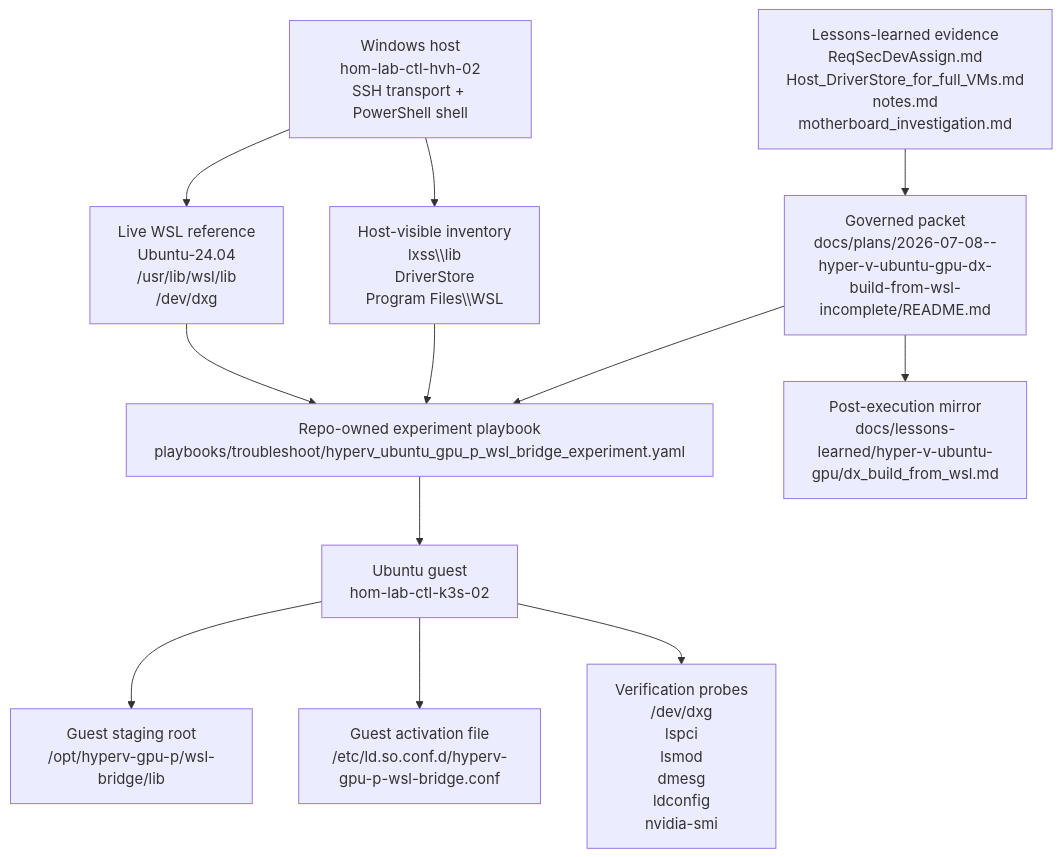
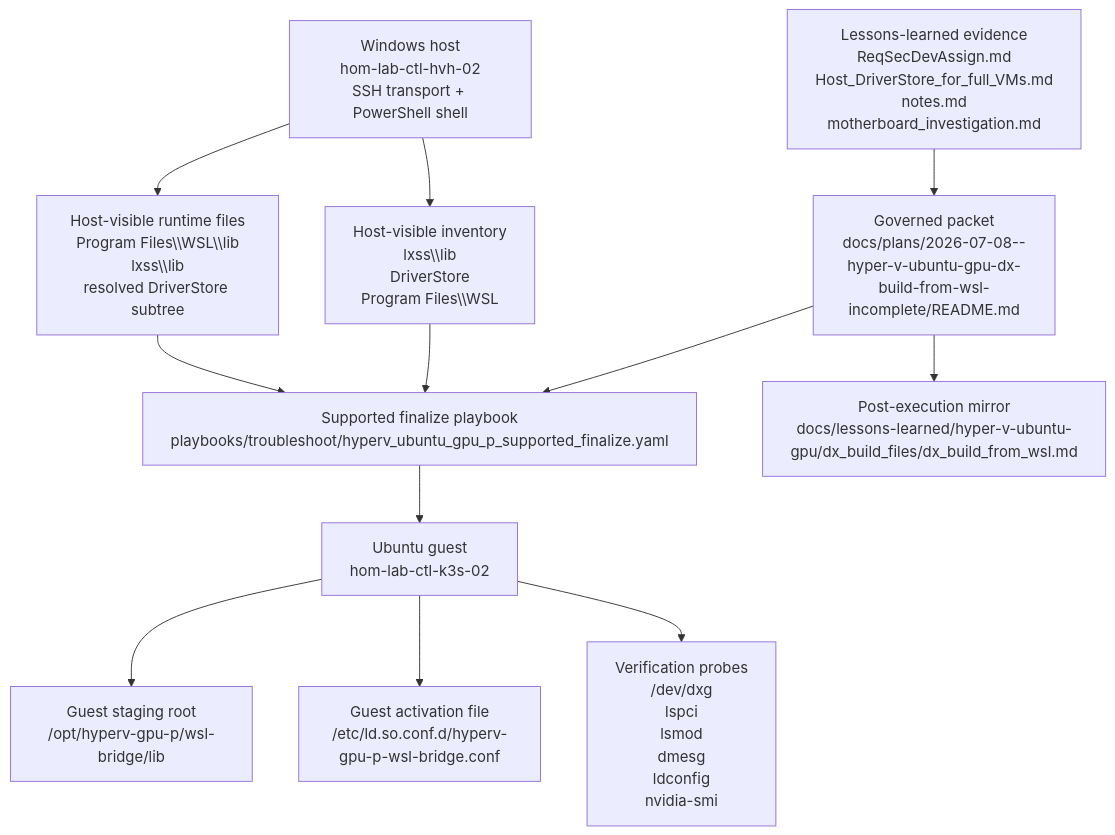
Before and after one commit to doesitscript/dotfile-vnext: the first of 3 diagrams in docs/plans/2026-07-08--hyper-v-ubuntu-gpu-dx-build-from-wsl-incomplete/README.md, drawn with Mermaid. The commit also changed other lines of this file and 98 other files, not shown here.

````diff
--- a/docs/plans/2026-07-08--hyper-v-ubuntu-gpu-dx-build-from-wsl-incomplete/README.md
+++ b/docs/plans/2026-07-08--hyper-v-ubuntu-gpu-dx-build-from-wsl-incomplete/README.md
@@ -99,14 +118,14 @@
 ```mermaid
 flowchart TD
-    A["Governed packet<br/>docs/plans/2026-07-08--hyper-v-ubuntu-gpu-dx-build-from-wsl-incomplete/README.md"] --> B["Repo-owned experiment playbook<br/>playbooks/troubleshoot/hyperv_ubuntu_gpu_p_wsl_bridge_experiment.yaml"]
+    A["Governed packet<br/>docs/plans/2026-07-08--hyper-v-ubuntu-gpu-dx-build-from-wsl-incomplete/README.md"] --> B["Supported finalize playbook<br/>playbooks/troubleshoot/hyperv_ubuntu_gpu_p_supported_finalize.yaml"]
     C["Lessons-learned evidence<br/>ReqSecDevAssign.md<br/>Host_DriverStore_for_full_VMs.md<br/>notes.md<br/>motherboard_investigation.md"] --> A
     D["Windows host<br/>hom-lab-ctl-hvh-02<br/>SSH transport + PowerShell shell"] --> E["Host-visible inventory<br/>lxss\\lib<br/>DriverStore<br/>Program Files\\WSL"]
-    D --> F["Live WSL reference<br/>Ubuntu-24.04<br/>/usr/lib/wsl/lib<br/>/dev/dxg"]
+    D --> F["Host-visible runtime files<br/>Program Files\\WSL\\lib<br/>lxss\\lib<br/>resolved DriverStore subtree"]
     E --> B
     F --> B
     B --> G["Ubuntu guest<br/>hom-lab-ctl-k3s-02"]
     G --> H["Guest staging root<br/>/opt/hyperv-gpu-p/wsl-bridge/lib"]
     G --> I["Guest activation file<br/>/etc/ld.so.conf.d/hyperv-gpu-p-wsl-bridge.conf"]
     G --> J["Verification probes<br/>/dev/dxg<br/>lspci<br/>lsmod<br/>dmesg<br/>ldconfig<br/>nvidia-smi"]
-    A --> K["Post-execution mirror<br/>docs/lessons-learned/hyper-v-ubuntu-gpu/dx_build_from_wsl.md"]
+    A --> K["Post-execution mirror<br/>docs/lessons-learned/hyper-v-ubuntu-gpu/dx_build_files/dx_build_from_wsl.md"]
 ```
````
